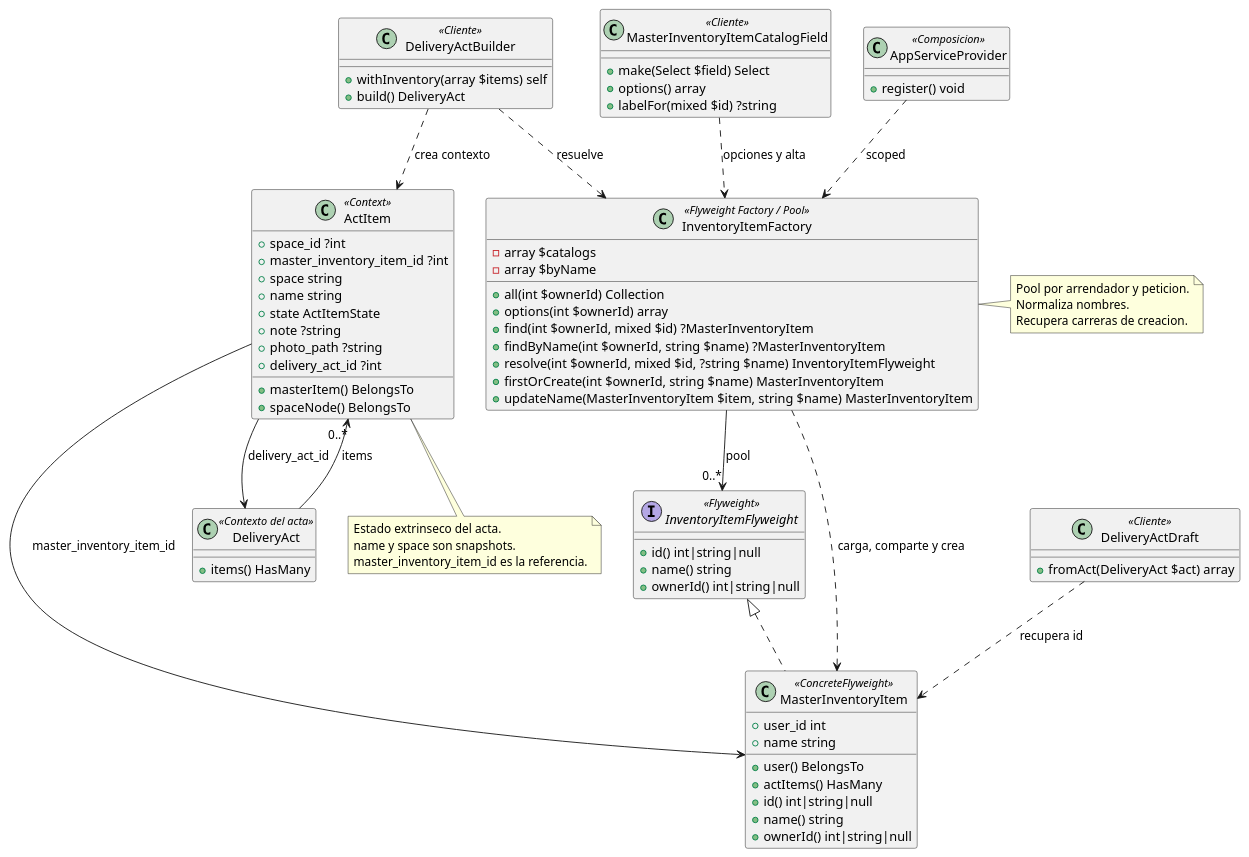
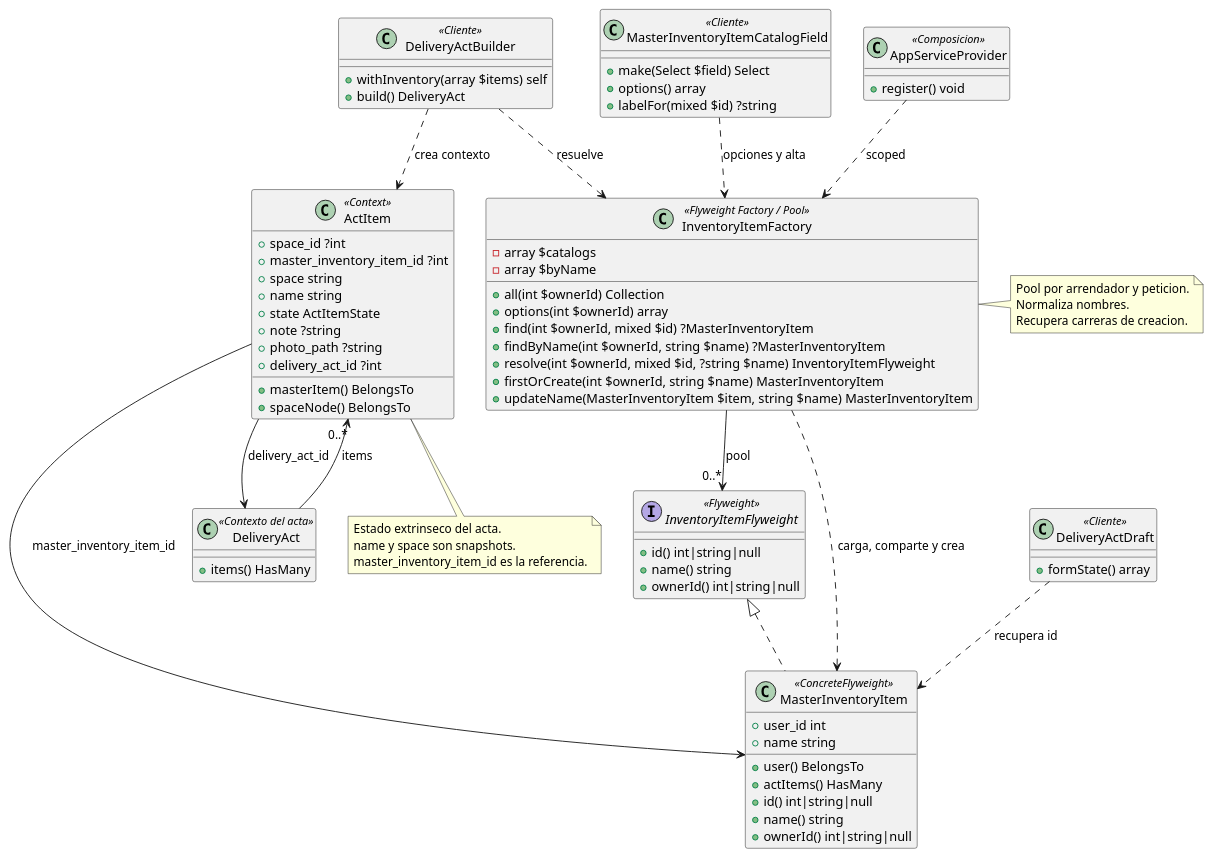
Before and after one commit to diegocastro-ac/prometheus: the diagram in docs/Patrones estructurales/Flyweight.md, drawn with PlantUML. The commit also changed 7 other files, not shown here.

```diff
--- a/docs/Patrones estructurales/Flyweight.md
+++ b/docs/Patrones estructurales/Flyweight.md
@@ -182,7 +182,7 @@
 }
 
 class DeliveryActDraft <<Cliente>> {
-  +fromAct(DeliveryAct $act) array
+  +formState() array
 }
 
 class AppServiceProvider <<Composicion>> {
```
